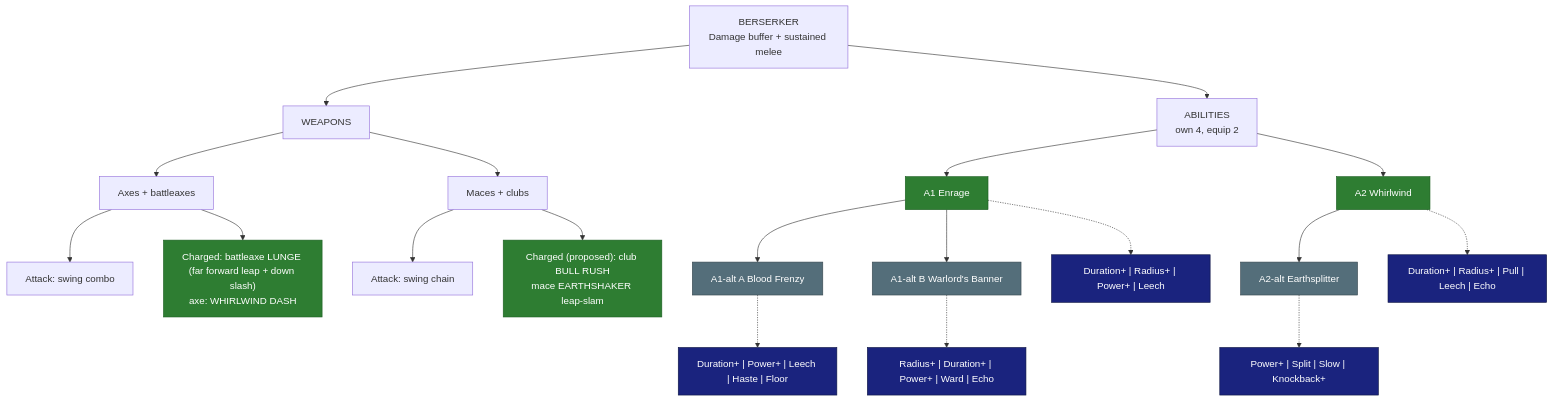
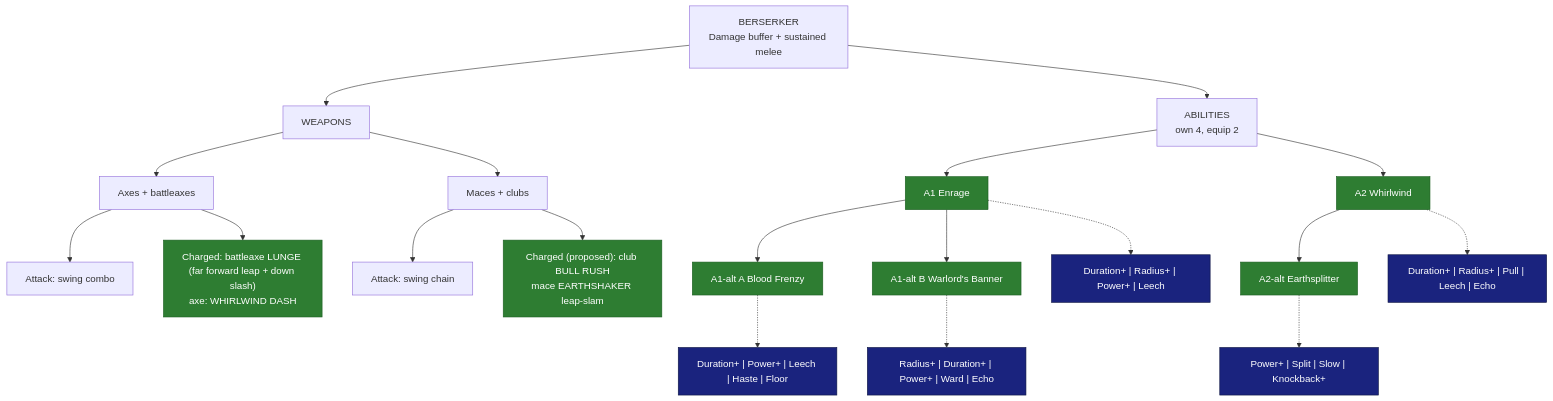
The diagram in research/classes/Berserker.md (SkyyPlayz/SkyyWynnBlock), drawn with Mermaid before and after one commit. The commit also changed other lines of this file and 12 other files, not shown here.

````diff
--- a/research/classes/Berserker.md
+++ b/research/classes/Berserker.md
@@ -16,29 +16,28 @@
 ```mermaid
 flowchart TD
   CLS["BERSERKER<br/>Damage buffer + sustained melee"]
   CLS --> WPN["WEAPONS"]
   CLS --> ABL["ABILITIES<br/>own 4, equip 2"]
   WPN --> AX["Axes + battleaxes"]
   AX --> AXa["Attack: swing combo"]
   AX --> AXc["Charged: battleaxe LUNGE (far forward leap + down slash)<br/>axe: WHIRLWIND DASH"]
   WPN --> MC["Maces + clubs"]
   MC --> MCa["Attack: swing chain"]
   MC --> MCc["Charged (proposed): club BULL RUSH<br/>mace EARTHSHAKER leap-slam"]
   ABL --> A1["A1 Enrage"]
   A1 --> A1A["A1-alt A Blood Frenzy"]
   A1 --> A1B["A1-alt B Warlord's Banner"]
   ABL --> A2["A2 Whirlwind"]
   A2 --> A2X["A2-alt Earthsplitter"]
   A1 -.-> M1["Duration+ | Radius+ | Power+ | Leech"]
   A1A -.-> M2["Duration+ | Power+ | Leech | Haste | Floor"]
   A1B -.-> M3["Radius+ | Duration+ | Power+ | Ward | Echo"]
   A2 -.-> M4["Duration+ | Radius+ | Pull | Leech | Echo"]
   A2X -.-> M5["Power+ | Split | Slow | Knockback+"]
   classDef locked fill:#2e7d32,color:#fff,stroke:#1b5e20
   classDef proposed fill:#546e7a,color:#fff,stroke:#37474f
   classDef open fill:#e65100,color:#fff,stroke:#bf360c
   classDef mods fill:#1a237e,color:#fff,stroke:#0d1442
-  class A1,A2,AXc,MCc locked
-  class A1A,A1B,A2X proposed
+  class A1,A2,AXc,MCc,A1A,A1B,A2X locked
   class M1,M2,M3,M4,M5 mods
 ```
````
